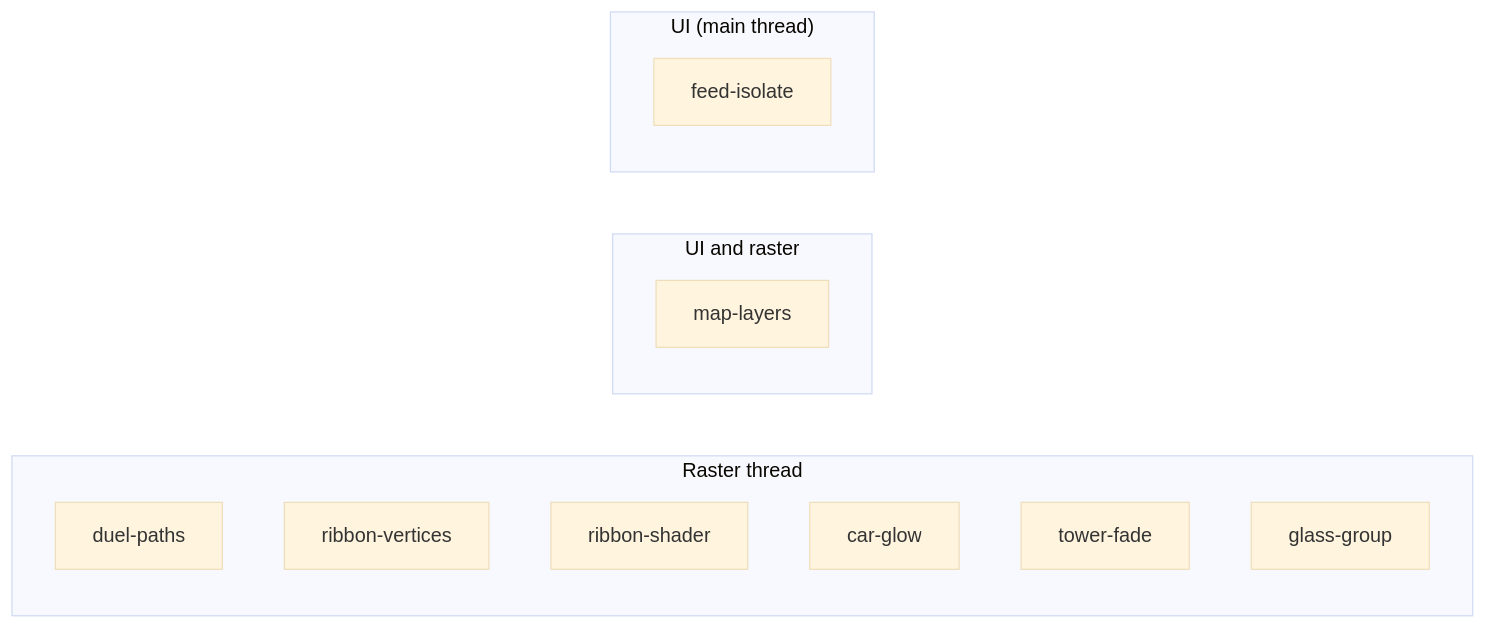
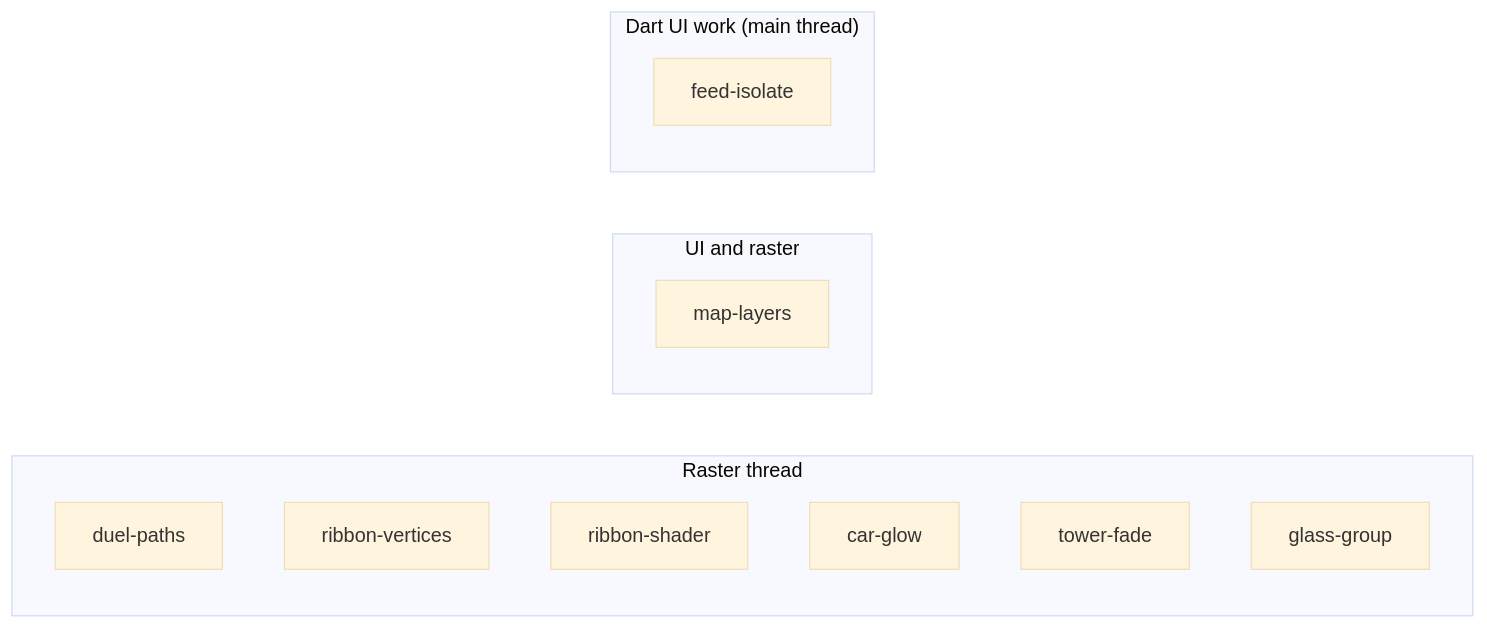
Before and after one commit to cm-collins/fluttercon-demo-app: the second of 2 diagrams in docs/design/screens.md, drawn with Mermaid (base theme). The commit also changed other lines of this file and 21 other files, not shown here.

````diff
--- a/docs/design/screens.md
+++ b/docs/design/screens.md
@@ -136,17 +137,17 @@
 ```mermaid
 flowchart LR
     subgraph raster["Raster thread"]
         a1["duel-paths"]
         a2["ribbon-vertices"]
         a2b["ribbon-shader"]
         a7["car-glow"]
         a3["tower-fade"]
         a4["glass-group"]
     end
     subgraph both["UI and raster"]
         a5["map-layers"]
     end
-    subgraph ui["UI (main thread)"]
+    subgraph ui["Dart UI work (main thread)"]
         a6["feed-isolate"]
     end
 ```
````
